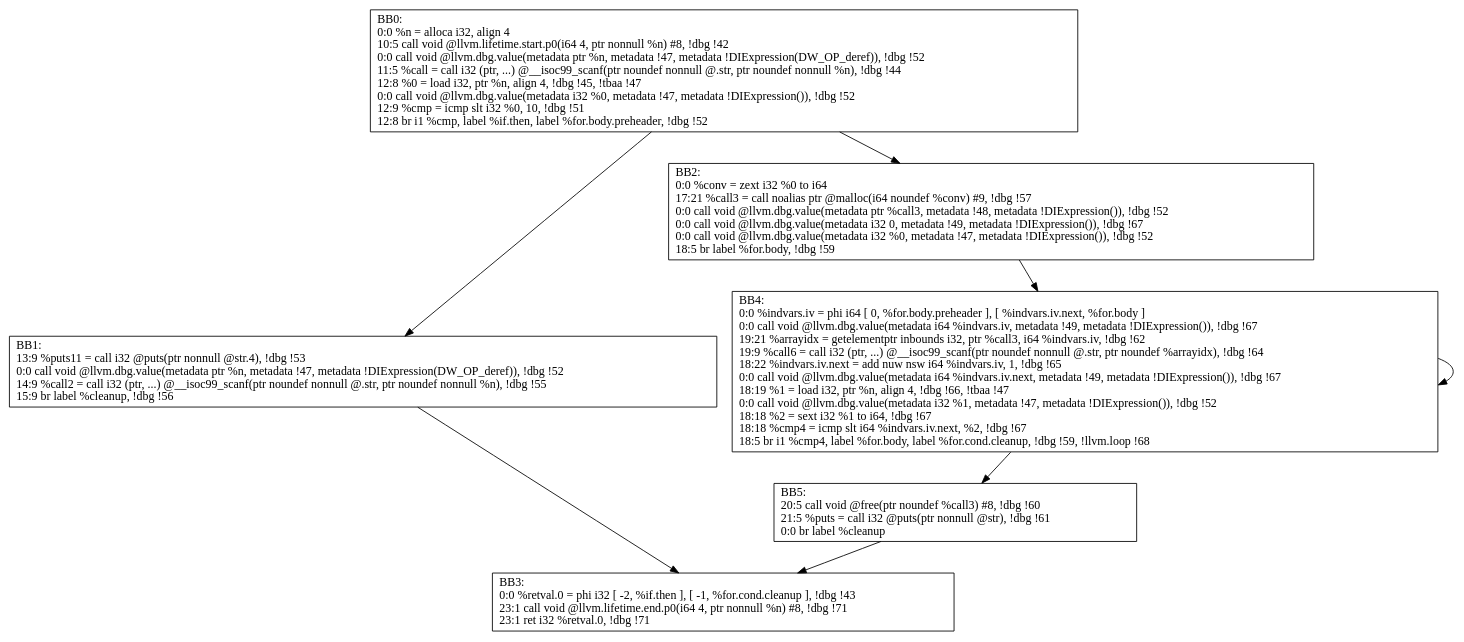
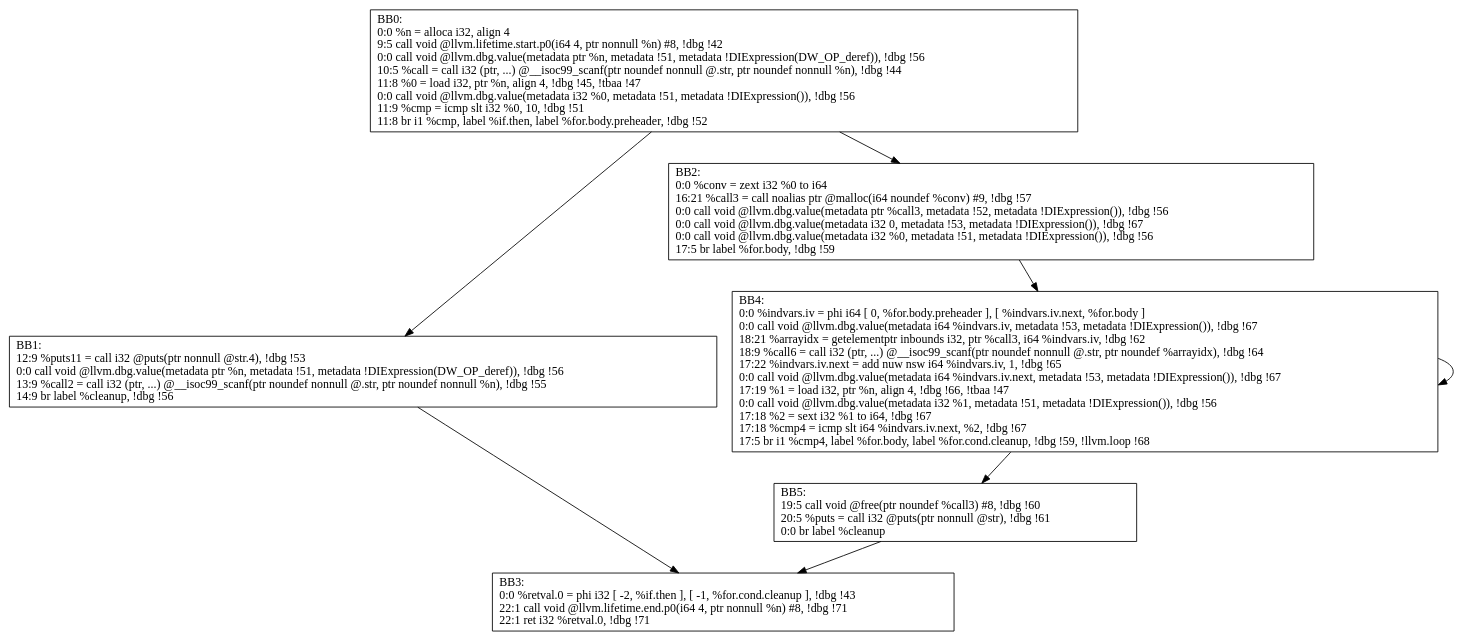
One commit to M-ouse/FinalDesign changed the diagram in output/demo1.ll_usep_CFG.dot. Above: the diagram before and after it, drawn with Graphviz. The commit also changed 10 other files, not shown here.

```diff
--- a/output/demo1.ll_usep_CFG.dot
+++ b/output/demo1.ll_usep_CFG.dot
@@ -1,15 +1,15 @@
 digraph "CFG for'usep' function" {
 	BB0-> BB1;
 	BB0-> BB2;
 	BB1-> BB3;
 	BB2-> BB4;
 	BB4-> BB4;
 	BB4-> BB5;
 	BB5-> BB3;
-	BB0 [shape=record, label="{BB0:\l0:0   %n = alloca i32, align 4\l 10:5   call void @llvm.lifetime.start.p0(i64 4, ptr nonnull %n) #8, !dbg !42\l 0:0   call void @llvm.dbg.value(metadata ptr %n, metadata !47, metadata !DIExpression(DW_OP_deref)), !dbg !52\l 11:5   %call = call i32 (ptr, ...) @__isoc99_scanf(ptr noundef nonnull @.str, ptr noundef nonnull %n), !dbg !44\l 12:8   %0 = load i32, ptr %n, align 4, !dbg !45, !tbaa !47\l 0:0   call void @llvm.dbg.value(metadata i32 %0, metadata !47, metadata !DIExpression()), !dbg !52\l 12:9   %cmp = icmp slt i32 %0, 10, !dbg !51\l 12:8   br i1 %cmp, label %if.then, label %for.body.preheader, !dbg !52\l }"];
-	BB1 [shape=record, label="{BB1:\l13:9   %puts11 = call i32 @puts(ptr nonnull @str.4), !dbg !53\l 0:0   call void @llvm.dbg.value(metadata ptr %n, metadata !47, metadata !DIExpression(DW_OP_deref)), !dbg !52\l 14:9   %call2 = call i32 (ptr, ...) @__isoc99_scanf(ptr noundef nonnull @.str, ptr noundef nonnull %n), !dbg !55\l 15:9   br label %cleanup, !dbg !56\l }"];
-	BB2 [shape=record, label="{BB2:\l0:0   %conv = zext i32 %0 to i64\l 17:21   %call3 = call noalias ptr @malloc(i64 noundef %conv) #9, !dbg !57\l 0:0   call void @llvm.dbg.value(metadata ptr %call3, metadata !48, metadata !DIExpression()), !dbg !52\l 0:0   call void @llvm.dbg.value(metadata i32 0, metadata !49, metadata !DIExpression()), !dbg !67\l 0:0   call void @llvm.dbg.value(metadata i32 %0, metadata !47, metadata !DIExpression()), !dbg !52\l 18:5   br label %for.body, !dbg !59\l }"];
-	BB3 [shape=record, label="{BB3:\l0:0   %retval.0 = phi i32 [ -2, %if.then ], [ -1, %for.cond.cleanup ], !dbg !43\l 23:1   call void @llvm.lifetime.end.p0(i64 4, ptr nonnull %n) #8, !dbg !71\l 23:1   ret i32 %retval.0, !dbg !71\l }"];
-	BB4 [shape=record, label="{BB4:\l0:0   %indvars.iv = phi i64 [ 0, %for.body.preheader ], [ %indvars.iv.next, %for.body ]\l 0:0   call void @llvm.dbg.value(metadata i64 %indvars.iv, metadata !49, metadata !DIExpression()), !dbg !67\l 19:21   %arrayidx = getelementptr inbounds i32, ptr %call3, i64 %indvars.iv, !dbg !62\l 19:9   %call6 = call i32 (ptr, ...) @__isoc99_scanf(ptr noundef nonnull @.str, ptr noundef %arrayidx), !dbg !64\l 18:22   %indvars.iv.next = add nuw nsw i64 %indvars.iv, 1, !dbg !65\l 0:0   call void @llvm.dbg.value(metadata i64 %indvars.iv.next, metadata !49, metadata !DIExpression()), !dbg !67\l 18:19   %1 = load i32, ptr %n, align 4, !dbg !66, !tbaa !47\l 0:0   call void @llvm.dbg.value(metadata i32 %1, metadata !47, metadata !DIExpression()), !dbg !52\l 18:18   %2 = sext i32 %1 to i64, !dbg !67\l 18:18   %cmp4 = icmp slt i64 %indvars.iv.next, %2, !dbg !67\l 18:5   br i1 %cmp4, label %for.body, label %for.cond.cleanup, !dbg !59, !llvm.loop !68\l }"];
-	BB5 [shape=record, label="{BB5:\l20:5   call void @free(ptr noundef %call3) #8, !dbg !60\l 21:5   %puts = call i32 @puts(ptr nonnull @str), !dbg !61\l 0:0   br label %cleanup\l }"];
+	BB0 [shape=record, label="{BB0:\l0:0   %n = alloca i32, align 4\l 9:5   call void @llvm.lifetime.start.p0(i64 4, ptr nonnull %n) #8, !dbg !42\l 0:0   call void @llvm.dbg.value(metadata ptr %n, metadata !51, metadata !DIExpression(DW_OP_deref)), !dbg !56\l 10:5   %call = call i32 (ptr, ...) @__isoc99_scanf(ptr noundef nonnull @.str, ptr noundef nonnull %n), !dbg !44\l 11:8   %0 = load i32, ptr %n, align 4, !dbg !45, !tbaa !47\l 0:0   call void @llvm.dbg.value(metadata i32 %0, metadata !51, metadata !DIExpression()), !dbg !56\l 11:9   %cmp = icmp slt i32 %0, 10, !dbg !51\l 11:8   br i1 %cmp, label %if.then, label %for.body.preheader, !dbg !52\l }"];
+	BB1 [shape=record, label="{BB1:\l12:9   %puts11 = call i32 @puts(ptr nonnull @str.4), !dbg !53\l 0:0   call void @llvm.dbg.value(metadata ptr %n, metadata !51, metadata !DIExpression(DW_OP_deref)), !dbg !56\l 13:9   %call2 = call i32 (ptr, ...) @__isoc99_scanf(ptr noundef nonnull @.str, ptr noundef nonnull %n), !dbg !55\l 14:9   br label %cleanup, !dbg !56\l }"];
+	BB2 [shape=record, label="{BB2:\l0:0   %conv = zext i32 %0 to i64\l 16:21   %call3 = call noalias ptr @malloc(i64 noundef %conv) #9, !dbg !57\l 0:0   call void @llvm.dbg.value(metadata ptr %call3, metadata !52, metadata !DIExpression()), !dbg !56\l 0:0   call void @llvm.dbg.value(metadata i32 0, metadata !53, metadata !DIExpression()), !dbg !67\l 0:0   call void @llvm.dbg.value(metadata i32 %0, metadata !51, metadata !DIExpression()), !dbg !56\l 17:5   br label %for.body, !dbg !59\l }"];
+	BB3 [shape=record, label="{BB3:\l0:0   %retval.0 = phi i32 [ -2, %if.then ], [ -1, %for.cond.cleanup ], !dbg !43\l 22:1   call void @llvm.lifetime.end.p0(i64 4, ptr nonnull %n) #8, !dbg !71\l 22:1   ret i32 %retval.0, !dbg !71\l }"];
+	BB4 [shape=record, label="{BB4:\l0:0   %indvars.iv = phi i64 [ 0, %for.body.preheader ], [ %indvars.iv.next, %for.body ]\l 0:0   call void @llvm.dbg.value(metadata i64 %indvars.iv, metadata !53, metadata !DIExpression()), !dbg !67\l 18:21   %arrayidx = getelementptr inbounds i32, ptr %call3, i64 %indvars.iv, !dbg !62\l 18:9   %call6 = call i32 (ptr, ...) @__isoc99_scanf(ptr noundef nonnull @.str, ptr noundef %arrayidx), !dbg !64\l 17:22   %indvars.iv.next = add nuw nsw i64 %indvars.iv, 1, !dbg !65\l 0:0   call void @llvm.dbg.value(metadata i64 %indvars.iv.next, metadata !53, metadata !DIExpression()), !dbg !67\l 17:19   %1 = load i32, ptr %n, align 4, !dbg !66, !tbaa !47\l 0:0   call void @llvm.dbg.value(metadata i32 %1, metadata !51, metadata !DIExpression()), !dbg !56\l 17:18   %2 = sext i32 %1 to i64, !dbg !67\l 17:18   %cmp4 = icmp slt i64 %indvars.iv.next, %2, !dbg !67\l 17:5   br i1 %cmp4, label %for.body, label %for.cond.cleanup, !dbg !59, !llvm.loop !68\l }"];
+	BB5 [shape=record, label="{BB5:\l19:5   call void @free(ptr noundef %call3) #8, !dbg !60\l 20:5   %puts = call i32 @puts(ptr nonnull @str), !dbg !61\l 0:0   br label %cleanup\l }"];
 }
```
